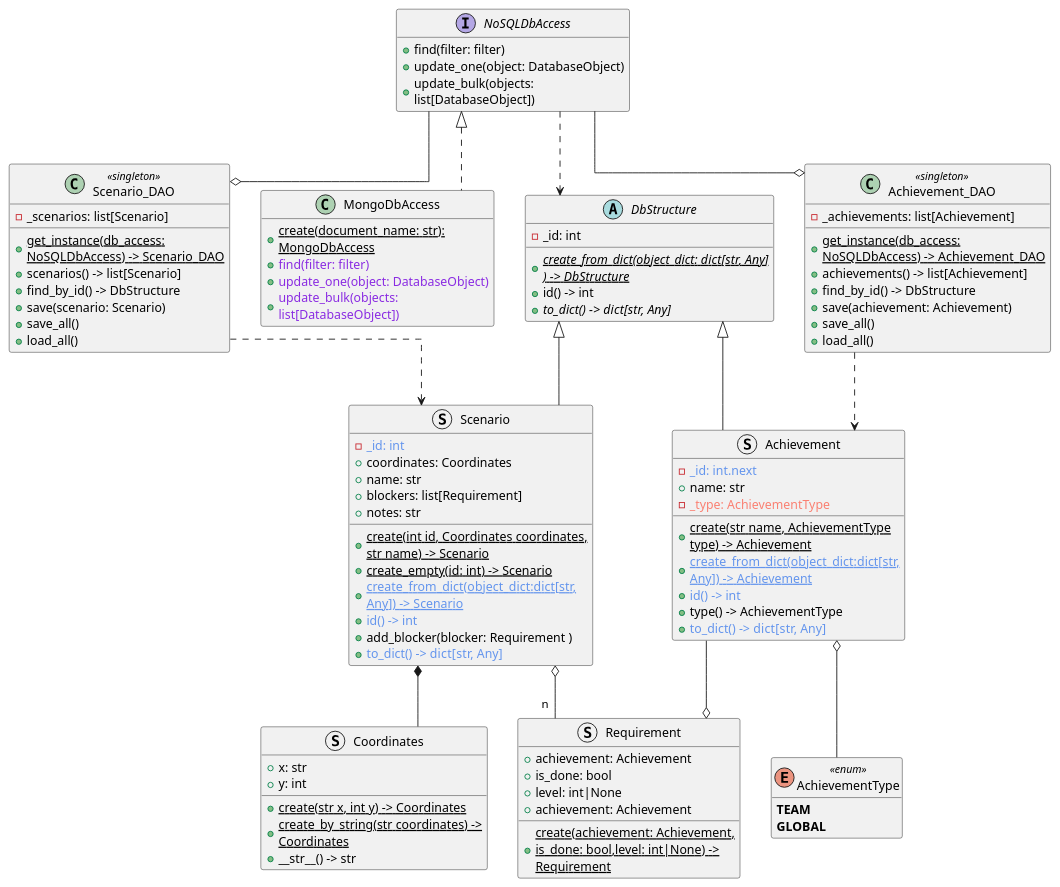
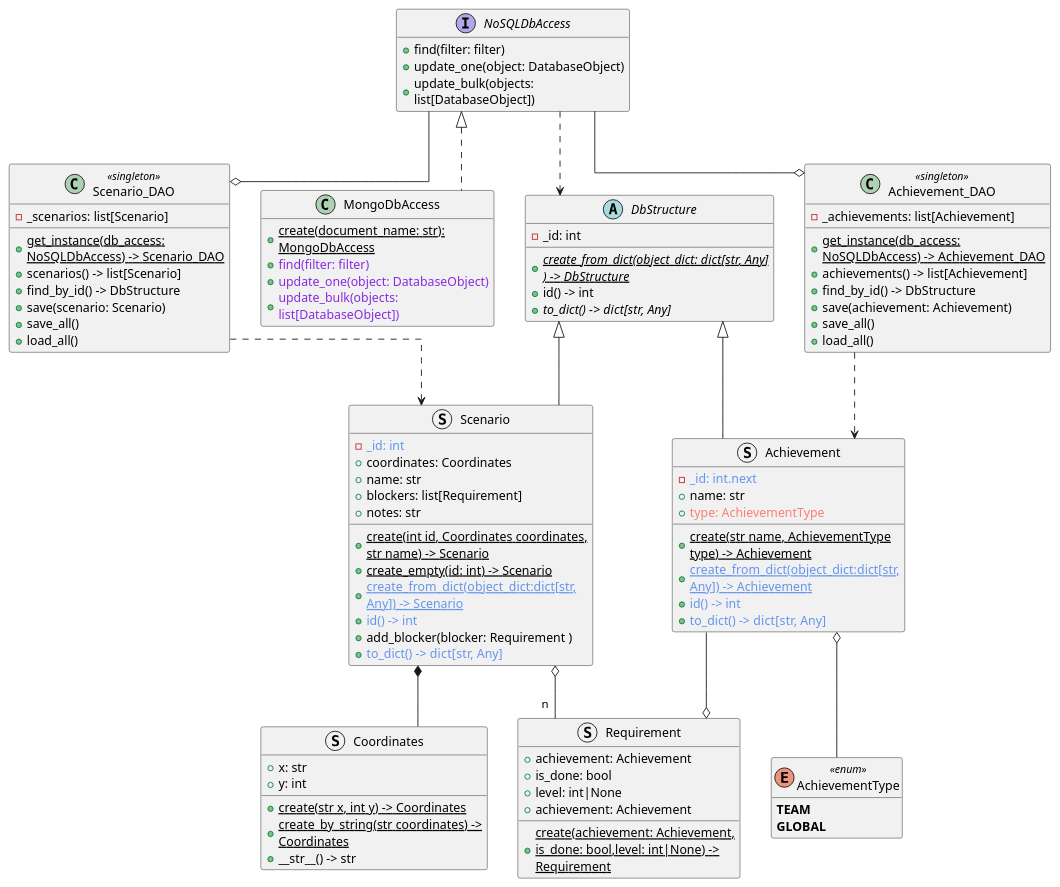
Before and after one commit to DeXo2940/gloomhavenMapMapper: the diagram in gloomhaven_pckg.wsd, drawn with PlantUML.

Commit message:
Change Achievement type to public

```diff
--- a/gloomhaven_pckg.wsd
+++ b/gloomhaven_pckg.wsd
@@ -1,120 +1,119 @@
 @startuml GloomhavenUML
     hide empty members
     skinparam {
         linetype ortho
         wrapWidth 260
     }
     
     abstract DbStructure {
         -_id: int
 
         +{abstract}{static}create_from_dict(object_dict: dict[str, Any] ) -> DbStructure 
         +id() -> int
         +{abstract}to_dict() -> dict[str, Any]
     }
 
     struct Scenario extends DbStructure{
         -<color:#CornflowerBlue>_id: int
         +coordinates: Coordinates
         +name: str 
         +blockers: list[Requirement]
         +notes: str
 
         +{static}create(int id, Coordinates coordinates, str name) -> Scenario
         +{static}create_empty(id: int) -> Scenario
         +<color:#CornflowerBlue>{static}create_from_dict(object_dict:dict[str, Any]) -> Scenario
         +<color:#CornflowerBlue>id() -> int 
         +add_blocker(blocker: Requirement )
         +<color:#CornflowerBlue>to_dict() -> dict[str, Any]
     } 
 
     struct Coordinates {
         +x: str
         +y: int
 
         +{static}create(str x, int y) -> Coordinates
         +{static}create_by_string(str coordinates) -> Coordinates
         +__str__() -> str
     }
 
     struct Requirement  {
         ' -<color:#Red>_id: int
         +achievement: Achievement 
         +is_done: bool 
         +level: int|None 
         +achievement: Achievement
 
         +{static}create(achievement: Achievement, is_done: bool,level: int|None) -> Requirement
         ' +<color:#Red>id() -> int
         ' +<color:#CornflowerBlue>to_dict() -> dict[str, Any]
     }
 
     struct Achievement extends DbStructure{
         -<color:#CornflowerBlue>_id: int.next
         +name: str
-        -<color:#Salmon>_type: AchievementType
+        +<color:#Salmon>type: AchievementType
 
         +{static}create(str name, AchievementType type) -> Achievement
         +<color:#CornflowerBlue>{static}create_from_dict(object_dict:dict[str, Any]) -> Achievement
         +<color:#CornflowerBlue>id() -> int
-        +type() -> AchievementType
         +<color:#CornflowerBlue>to_dict() -> dict[str, Any]
     }
         
     Enum AchievementType <<enum>> {
         **TEAM**
         **GLOBAL**
     }
 
     interface NoSQLDbAccess{
         +find(filter: filter)
         +update_one(object: DatabaseObject)
         +update_bulk(objects: list[DatabaseObject])
     }
 
     class MongoDbAccess implements NoSQLDbAccess{
         +{static}create(document_name: str): MongoDbAccess
         +<color:#BlueViolet>find(filter: filter)
         +<color:#BlueViolet>update_one(object: DatabaseObject)
         +<color:#BlueViolet>update_bulk(objects: list[DatabaseObject])
     }
 
     class Scenario_DAO <<singleton>> {
         -_scenarios: list[Scenario]
         
         +{static}get_instance(db_access: NoSQLDbAccess) -> Scenario_DAO
         +scenarios() -> list[Scenario]
         +find_by_id() -> DbStructure
         +save(scenario: Scenario)
         +save_all()
         +load_all()
     }
 
     class Achievement_DAO <<singleton>> {
         -_achievements: list[Achievement]
         
         +{static}get_instance(db_access: NoSQLDbAccess) -> Achievement_DAO
         +achievements() -> list[Achievement]
         +find_by_id() -> DbStructure
         +save(achievement: Achievement)
         +save_all()
         +load_all()
     }
    
     'Dependency
     NoSQLDbAccess ..> DbStructure
        
     Achievement_DAO ..> Achievement
     Scenario_DAO ..> Scenario
 
     NoSQLDbAccess --o Scenario_DAO
     NoSQLDbAccess --o Achievement_DAO
 
     Achievement o-- AchievementType
 
     Scenario *-- Coordinates
 
     Scenario  o-- "n" Requirement
     Achievement --o Requirement
 
 @enduml
```
